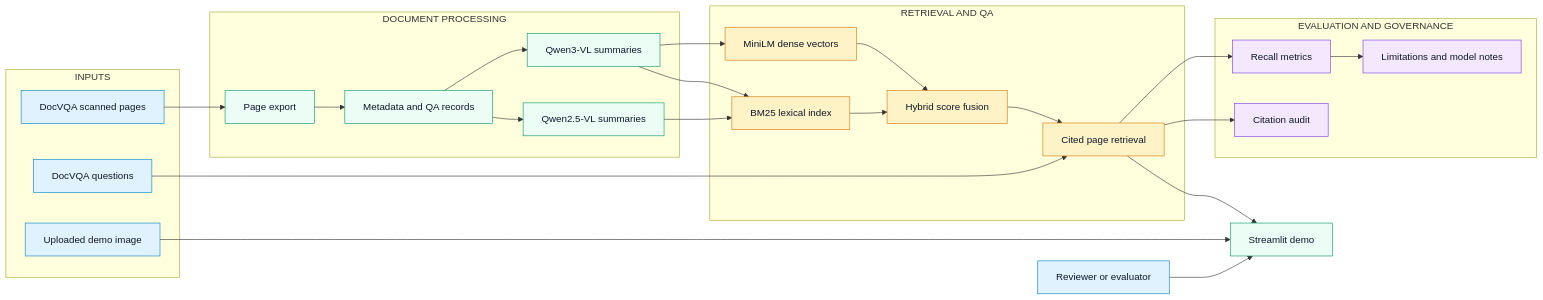
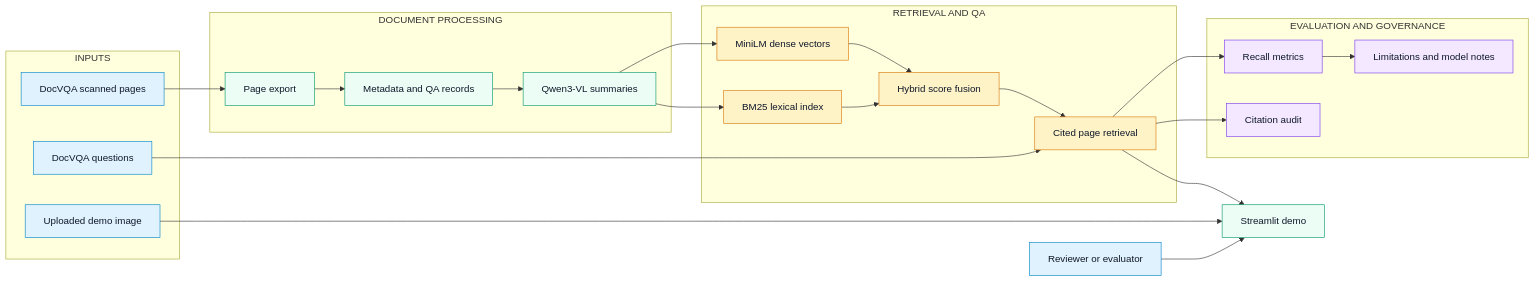
The first of 3 diagrams in docs/architecture_blueprints.md (rajantripathi/caselens-vlm), drawn with Mermaid before and after one commit. The commit also changed 14 other files, not shown here.

````diff
--- a/docs/architecture_blueprints.md
+++ b/docs/architecture_blueprints.md
@@ -9,54 +9,51 @@
 ```mermaid
 flowchart LR
     user["Reviewer or evaluator"] --> ui["Streamlit demo"]
 
     subgraph ingress["INPUTS"]
         docs["DocVQA scanned pages"]
         upload["Uploaded demo image"]
         questions["DocVQA questions"]
     end
 
     subgraph processing["DOCUMENT PROCESSING"]
         export["Page export"]
         metadata["Metadata and QA records"]
-        qwen25["Qwen2.5-VL summaries"]
         qwen3["Qwen3-VL summaries"]
     end
 
     subgraph retrieval["RETRIEVAL AND QA"]
         bm25["BM25 lexical index"]
         minilm["MiniLM dense vectors"]
         hybrid["Hybrid score fusion"]
         cited["Cited page retrieval"]
     end
 
     subgraph governance["EVALUATION AND GOVERNANCE"]
         recall["Recall metrics"]
         audit["Citation audit"]
         limits["Limitations and model notes"]
     end
 
     docs --> export --> metadata
-    metadata --> qwen25
     metadata --> qwen3
     upload --> ui
-    qwen25 --> bm25
     qwen3 --> bm25
     qwen3 --> minilm
     bm25 --> hybrid
     minilm --> hybrid
     questions --> cited
     hybrid --> cited --> ui
     cited --> recall
     cited --> audit
     recall --> limits
 
     classDef input fill:#E0F2FE,stroke:#0284C7,color:#0F172A
     classDef process fill:#ECFDF5,stroke:#059669,color:#0F172A
     classDef retrieval fill:#FEF3C7,stroke:#D97706,color:#0F172A
     classDef gov fill:#F3E8FF,stroke:#7C3AED,color:#0F172A
     class docs,upload,questions,user input
-    class export,metadata,qwen25,qwen3,ui process
+    class export,metadata,qwen3,ui process
     class bm25,minilm,hybrid,cited retrieval
     class recall,audit,limits gov
 ```
````
